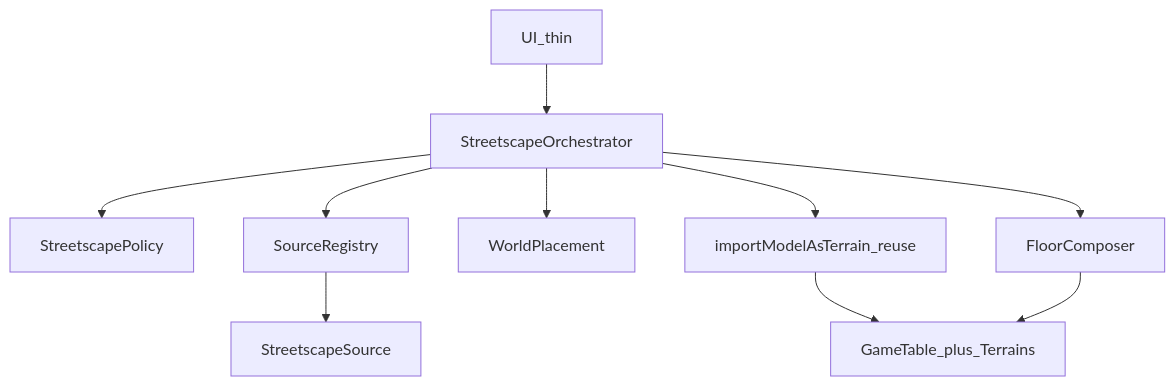
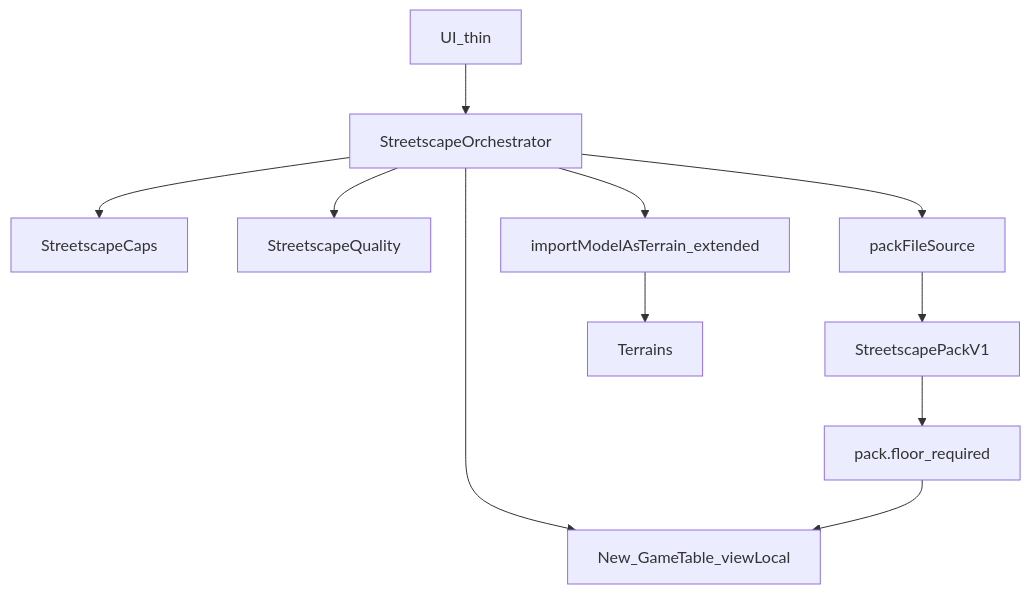
The second of 3 diagrams in docs/research/open3dhk-streetscape-2_5d.md (hktrpg/UdonariumWithFly), drawn with Mermaid before and after one commit. The commit also changed other lines of this file, not shown here.

First line of the commit message:
docs: converge streetscape architecture into an implementation plan

````diff
--- a/docs/research/open3dhk-streetscape-2_5d.md
+++ b/docs/research/open3dhk-streetscape-2_5d.md
@@ -101,12 +115,13 @@
 ```mermaid
 flowchart TB
   ui[UI_thin] --> orch[StreetscapeOrchestrator]
-  orch --> policy[StreetscapePolicy]
-  orch --> registry[SourceRegistry]
-  registry --> src[StreetscapeSource]
-  orch --> place[WorldPlacement]
-  orch --> bake[importModelAsTerrain_reuse]
-  orch --> floor[FloorComposer]
-  bake --> table[GameTable_plus_Terrains]
+  orch --> caps[StreetscapeCaps]
+  orch --> quality[StreetscapeQuality]
+  orch --> src[packFileSource]
+  src --> pack[StreetscapePackV1]
+  orch --> table[New_GameTable_viewLocal]
+  orch --> bake[importModelAsTerrain_extended]
+  bake --> kids[Terrains]
+  pack --> floor[pack.floor_required]
   floor --> table
 ```
````
